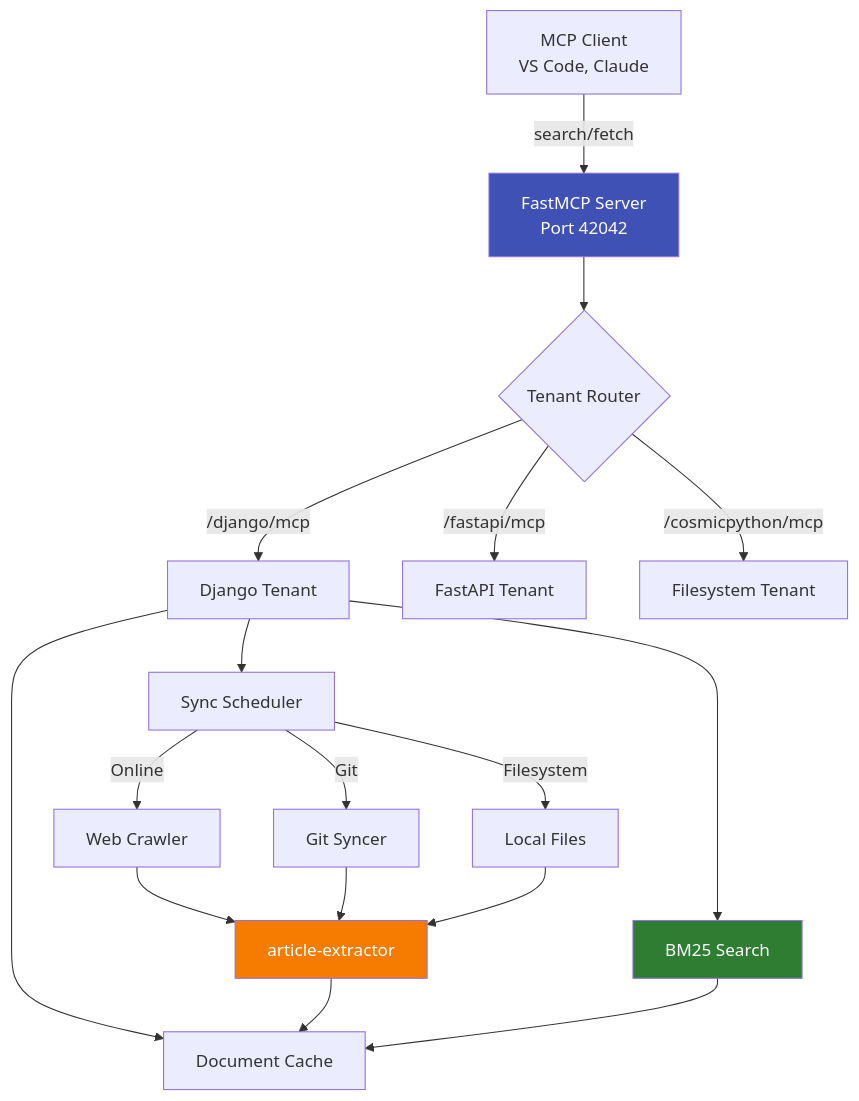
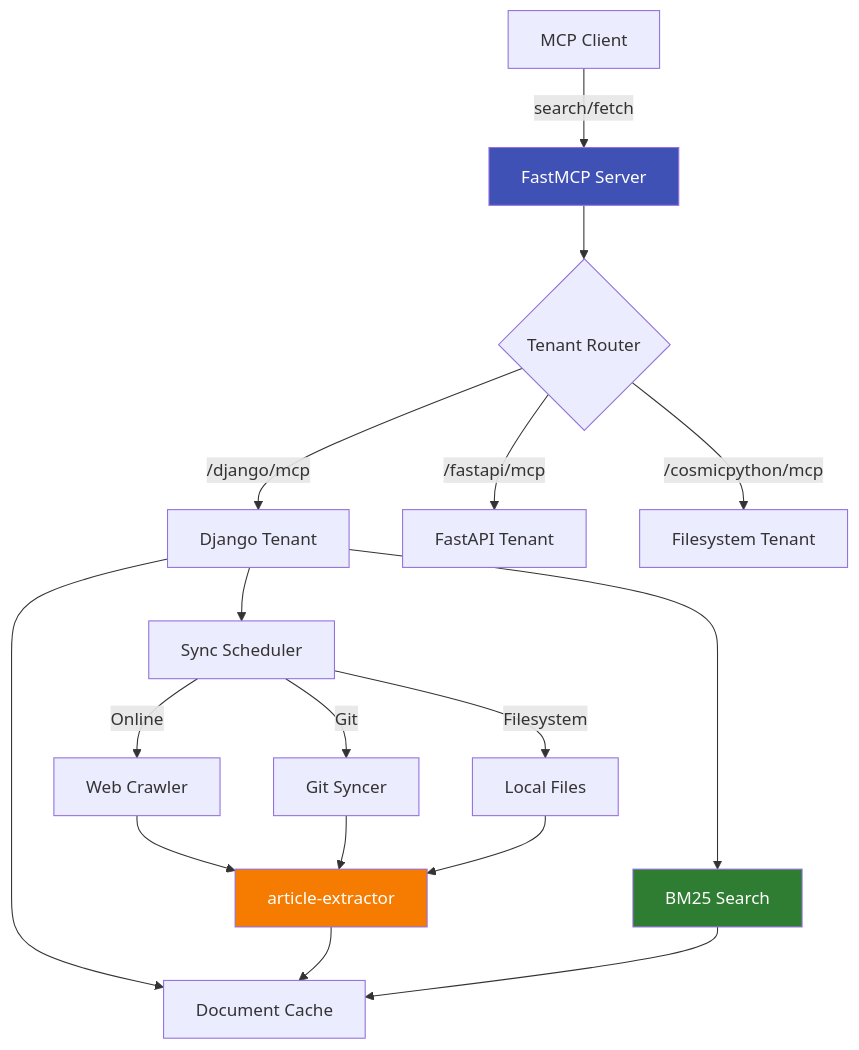
Before and after one commit to pankaj28843/docs-mcp-server: the diagram in docs/index.md, drawn with Mermaid. The commit also changed 6 other files, not shown here.

````diff
--- a/docs/index.md
+++ b/docs/index.md
@@ -117,27 +117,27 @@
 ```mermaid
 graph TB
-    A[MCP Client<br/>VS Code, Claude] -->|search/fetch| B[FastMCP Server<br/>Port 42042]
+    A[MCP Client] -->|search/fetch| B[FastMCP Server]
     B --> C{Tenant Router}
     C -->|/django/mcp| D[Django Tenant]
     C -->|/fastapi/mcp| E[FastAPI Tenant]
     C -->|/cosmicpython/mcp| F[Filesystem Tenant]
     
     D --> G[BM25 Search]
     D --> H[Document Cache]
     D --> I[Sync Scheduler]
     
     I -->|Online| J[Web Crawler]
     I -->|Git| K[Git Syncer]
     I -->|Filesystem| L[Local Files]
     
     J --> M[article-extractor]
     K --> M
     L --> M
     
     M --> H
     G --> H
     
     style B fill:#4051b5,color:#fff
     style G fill:#2e7d32,color:#fff
     style M fill:#f57c00,color:#fff
 ```
````
